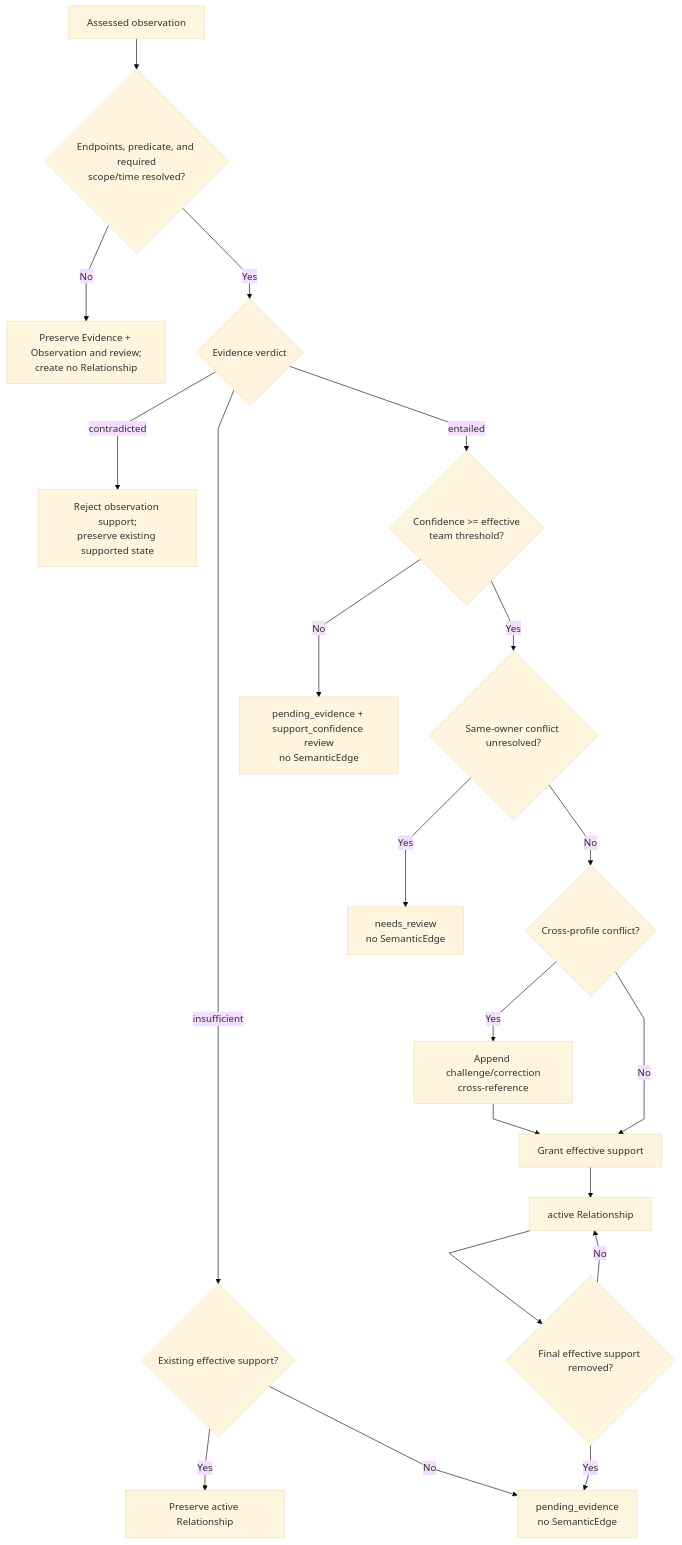
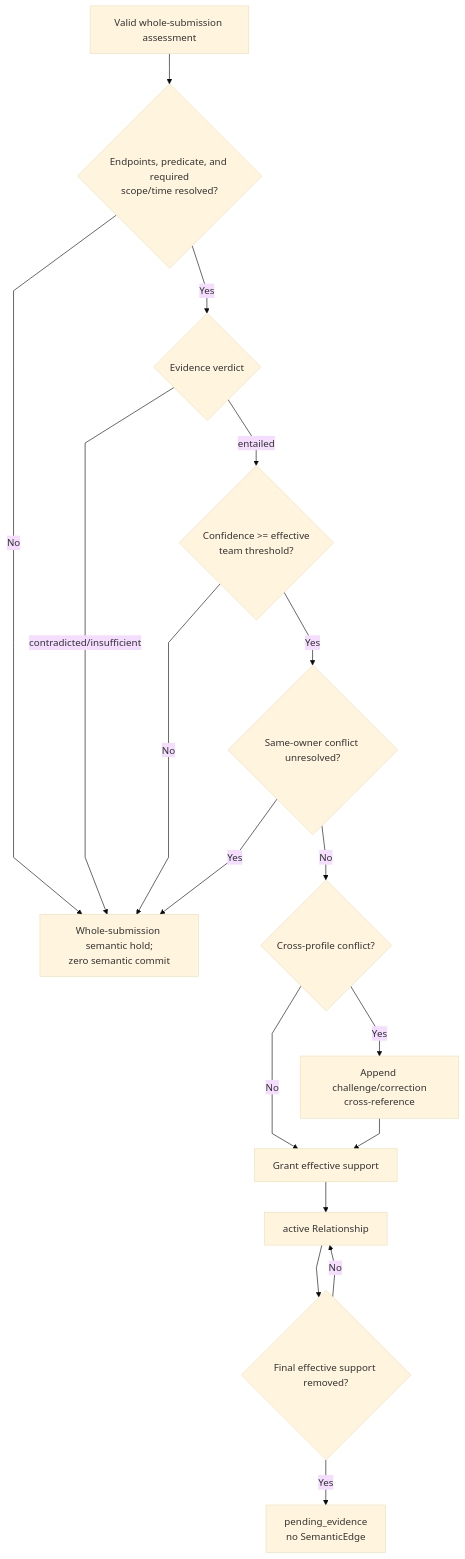
One commit to markhuangai/dense-mem changed the sixth of 10 diagrams in Relationship-Model-And-Lifecycle.md. Above: the diagram before and after it, drawn with Mermaid (base theme). The commit also changed other lines of this file and 24 other files, not shown here.

````diff
--- a/Relationship-Model-And-Lifecycle.md
+++ b/Relationship-Model-And-Lifecycle.md
@@ -552,23 +558,20 @@
 ```mermaid
 %%{init: {"flowchart": {"curve": "linear"}}}%%
 flowchart TD
-  Observation["Assessed observation"] --> Structure{"Endpoints, predicate, and required<br/>scope/time resolved?"}
-  Structure -- No --> StructureReview["Preserve Evidence + Observation and review;<br/>create no Relationship"]
+  Observation["Valid whole-submission assessment"] --> Structure{"Endpoints, predicate, and required<br/>scope/time resolved?"}
+  Structure -- No --> Hold["Whole-submission semantic hold;<br/>zero semantic commit"]
   Structure -- Yes --> Verdict{"Evidence verdict"}
-  Verdict -- contradicted --> RejectObservation["Reject observation support;<br/>preserve existing supported state"]
-  Verdict -- insufficient --> Existing{"Existing effective support?"}
-  Existing -- Yes --> Preserve["Preserve active Relationship"]
-  Existing -- No --> Pending["pending_evidence<br/>no SemanticEdge"]
+  Verdict -- contradicted/insufficient --> Hold
   Verdict -- entailed --> Gate{"Confidence >= effective<br/>team threshold?"}
-  Gate -- No --> ConfidenceReview["pending_evidence + support_confidence review<br/>no SemanticEdge"]
+  Gate -- No --> Hold
   Gate -- Yes --> OwnerConflict{"Same-owner conflict unresolved?"}
-  OwnerConflict -- Yes --> Review["needs_review<br/>no SemanticEdge"]
+  OwnerConflict -- Yes --> Hold
   OwnerConflict -- No --> Cross{"Cross-profile conflict?"}
   Cross -- Yes --> Reference["Append challenge/correction<br/>cross-reference"]
   Cross -- No --> Support["Grant effective support"]
   Reference --> Support
   Support --> Active["active Relationship"]
   Active --> Lost{"Final effective support removed?"}
   Lost -- No --> Active
-  Lost -- Yes --> Pending
+  Lost -- Yes --> Pending["pending_evidence<br/>no SemanticEdge"]
 ```
````
